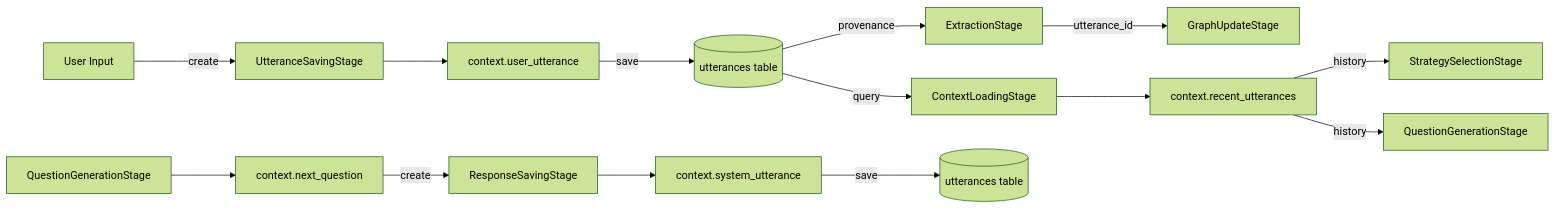
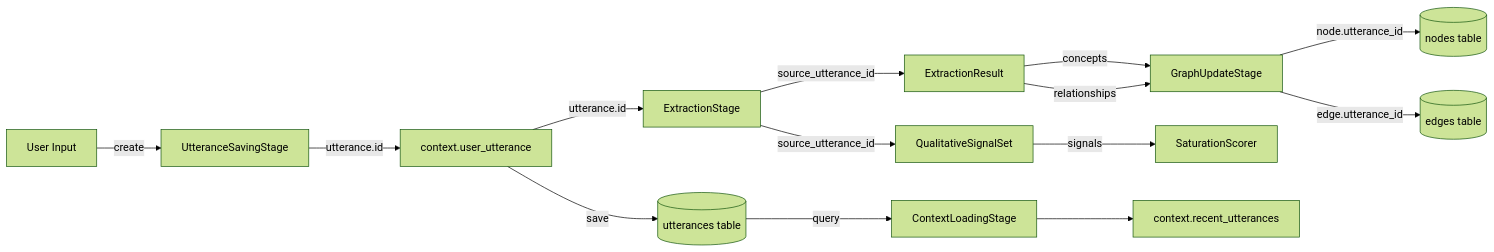
One commit to michaelarutyunov/interview-system-v2 changed the fifth of 7 diagrams in docs/data_flow_paths.md. Above: the diagram before and after it, drawn with Mermaid (forest theme). The commit also changed other lines of this file and 2 other files, not shown here.

````diff
--- a/docs/data_flow_paths.md
+++ b/docs/data_flow_paths.md
@@ -188,18 +188,20 @@
 ```mermaid
 graph LR
     A[User Input] -->|create| B[UtteranceSavingStage]
-    B --> C[context.user_utterance]
+    B -->|utterance.id| C[context.user_utterance]
     C -->|save| D[(utterances table)]
-    D -->|provenance| E[ExtractionStage]
-    E -->|utterance_id| F[GraphUpdateStage]
+    C -->|utterance.id| E[ExtractionStage]
 
-    G[QuestionGenerationStage] --> H[context.next_question]
-    H -->|create| I[ResponseSavingStage]
-    I --> J[context.system_utterance]
-    J -->|save| K[(utterances table)]
+    E -->|source_utterance_id| F[ExtractionResult]
+    F -->|concepts| G[GraphUpdateStage]
+    F -->|relationships| G
+
+    E -->|source_utterance_id| H[QualitativeSignalSet]
+    H -->|signals| I[SaturationScorer]
+
+    G -->|node.utterance_id| J[(nodes table)]
+    G -->|edge.utterance_id| K[(edges table)]
 
     D -->|query| L[ContextLoadingStage]
     L --> M[context.recent_utterances]
-    M -->|history| N[StrategySelectionStage]
-    M -->|history| O[QuestionGenerationStage]
 ```
````
